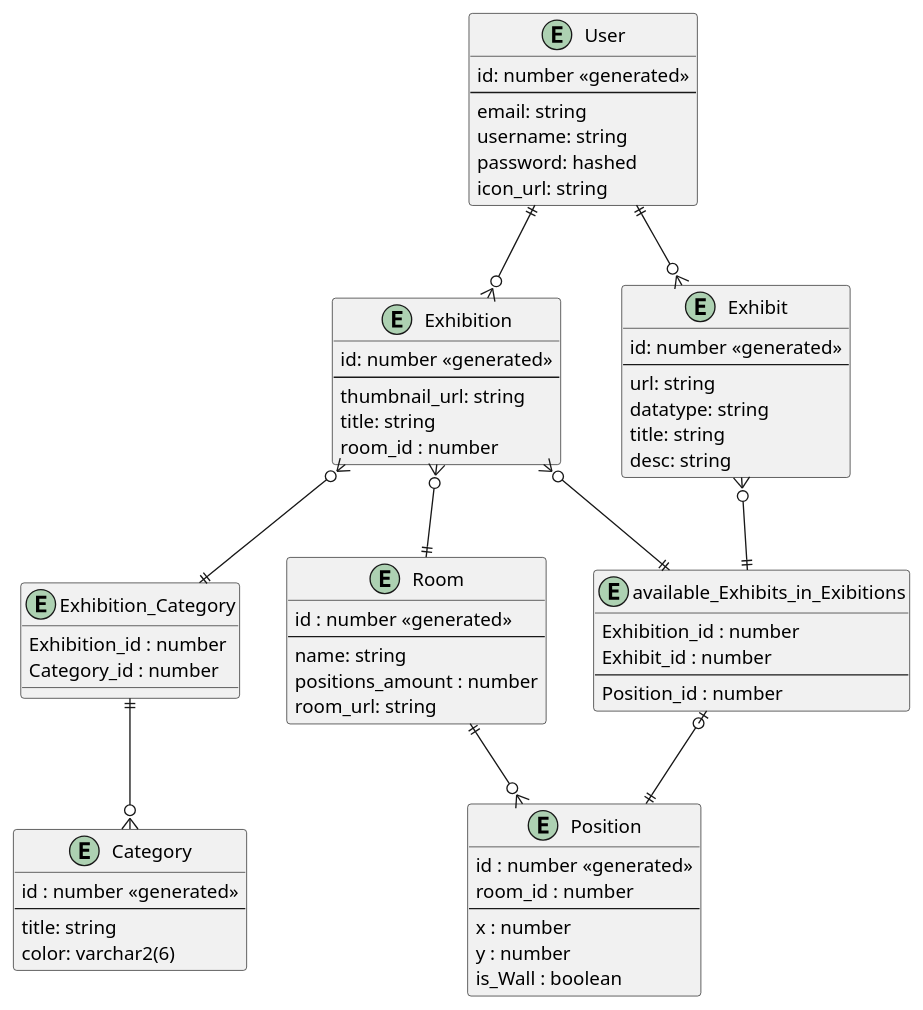
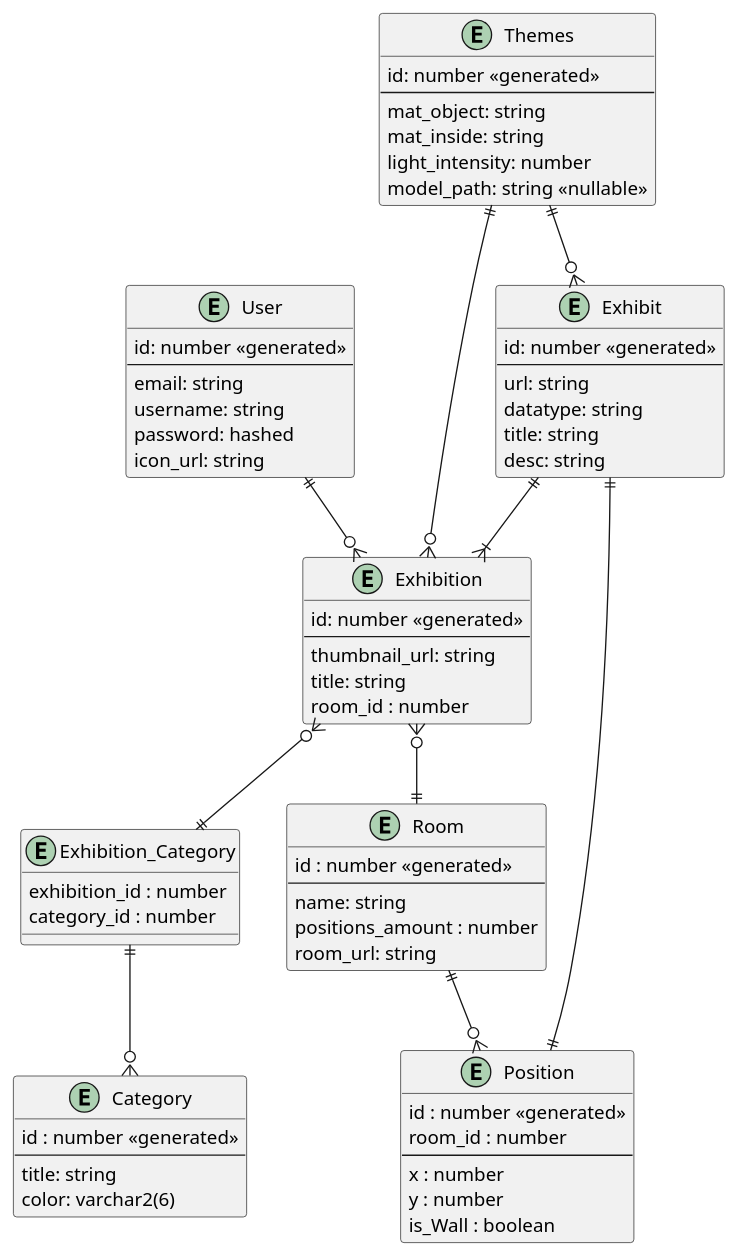
Before and after one commit to L0R3N7/3D-Portfolio-Gallery: the diagram in ERD/erd.wsd, drawn with PlantUML.

Commit message:
edited ERD

```diff
--- a/ERD/erd.wsd
+++ b/ERD/erd.wsd
@@ -1,75 +1,74 @@
-@startuml
+@startuml DA-Klassendiagramm
 entity User {
     id: number <<generated>>
     --
     email: string
     username: string
     password: hashed
     icon_url: string
 }
 
 entity Exhibition {
     id: number <<generated>>
     --
     thumbnail_url: string
     title: string
     room_id : number
+}
+entity Themes {
+    id: number <<generated>>
+    --
+    mat_object: string
+    mat_inside: string 
+    light_intensity: number
+    model_path: string <<nullable>>
 }
 
 entity Room {
     id : number <<generated>>
     --
     name: string
     positions_amount : number
     room_url: string
 }
 
 entity Position{
     id : number <<generated>>
     room_id : number
     ---
     x : number
     y : number
     is_Wall : boolean
 }
 
 entity Exhibition_Category {
-    Exhibition_id : number
-    Category_id : number
+    exhibition_id : number
+    category_id : number
 }
 
 entity Category{
    id : number <<generated>>
    --
    title: string
    color: varchar2(6)
 }
 
 entity Exhibit {
     id: number <<generated>> 
     --
     url: string
     datatype: string
     title: string
     desc: string
 }
 
-entity available_Exhibits_in_Exibitions{
-    Exhibition_id : number
-    Exhibit_id : number
-    ---
-    Position_id : number
-}
-
 User ||--o{ Exhibition
-User ||--o{ Exhibit
-Exhibition }o--|| available_Exhibits_in_Exibitions
-Exhibit }o--|| available_Exhibits_in_Exibitions
-available_Exhibits_in_Exibitions |o--|| Position
+Exhibit ||--|{Exhibition
+Exhibit ||--|| Position
 Exhibition }o--|| Exhibition_Category
 Exhibition_Category ||--o{ Category
 Room ||--o{ Position
 Exhibition }o--|| Room
-
-
+Themes ||--o{ Exhibition
+Themes ||--o{ Exhibit
 @enduml
```
